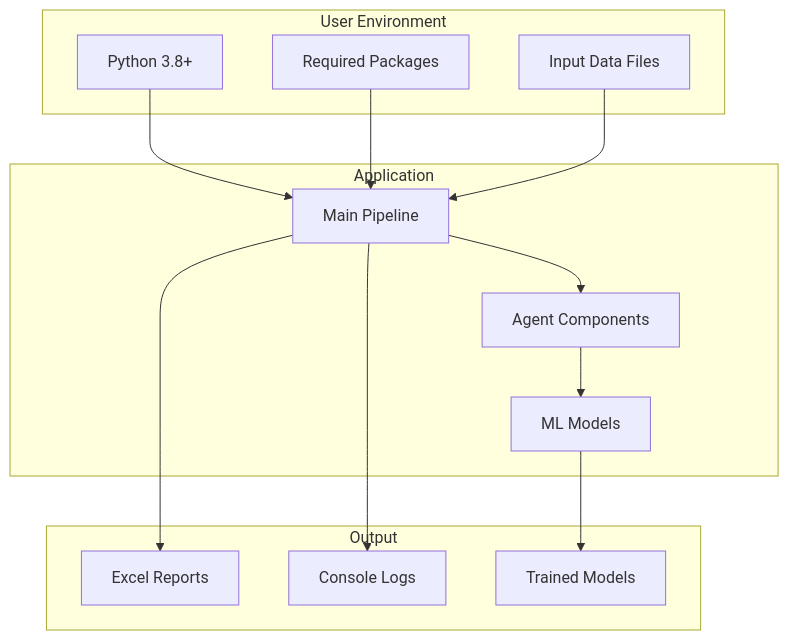
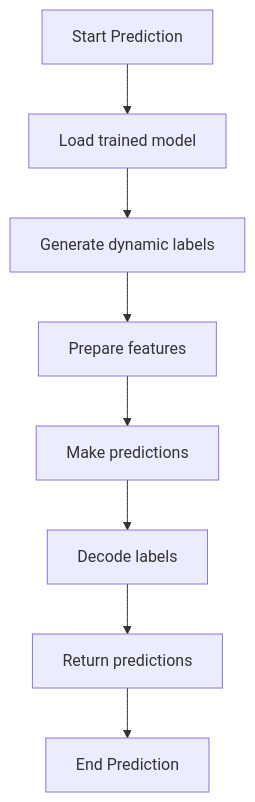
Before and after one commit to ksmadhavareddy/recon-ai: diagram 14 of 30 in docs/DIAGRAMS.md, drawn with Mermaid. The commit also changed other lines of this file and 14 other files, not shown here.

````diff
--- a/docs/DIAGRAMS.md
+++ b/docs/DIAGRAMS.md
@@ -396,29 +357,10 @@
 ```mermaid
-graph TB
-    subgraph "User Environment"
-        A[Python 3.8+]
-        B[Required Packages]
-        C[Input Data Files]
-    end
-    
-    subgraph "Application"
-        D[Main Pipeline]
-        E[Agent Components]
-        F[ML Models]
-    end
-    
-    subgraph "Output"
-        G[Excel Reports]
-        H[Console Logs]
-        I[Trained Models]
-    end
-    
-    A --> D
-    B --> D
-    C --> D
-    D --> E
-    E --> F
-    D --> G
-    D --> H
-    F --> I
+graph TD
+    A[Start Prediction] --> B[Load trained model]
+    B --> C[Generate dynamic labels]
+    C --> D[Prepare features]
+    D --> E[Make predictions]
+    E --> F[Decode labels]
+    F --> G[Return predictions]
+    G --> H[End Prediction]
 ```
````
